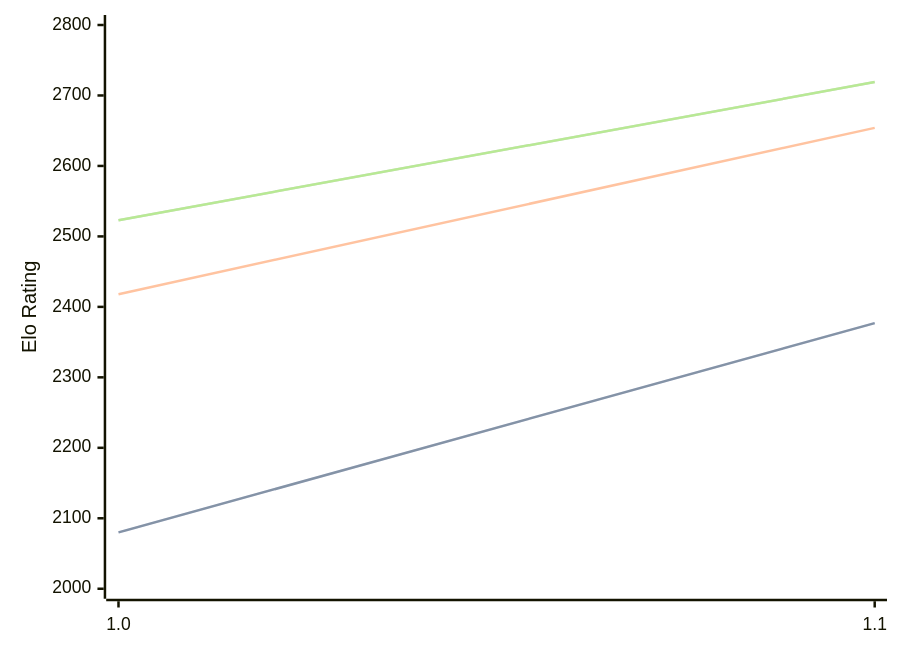
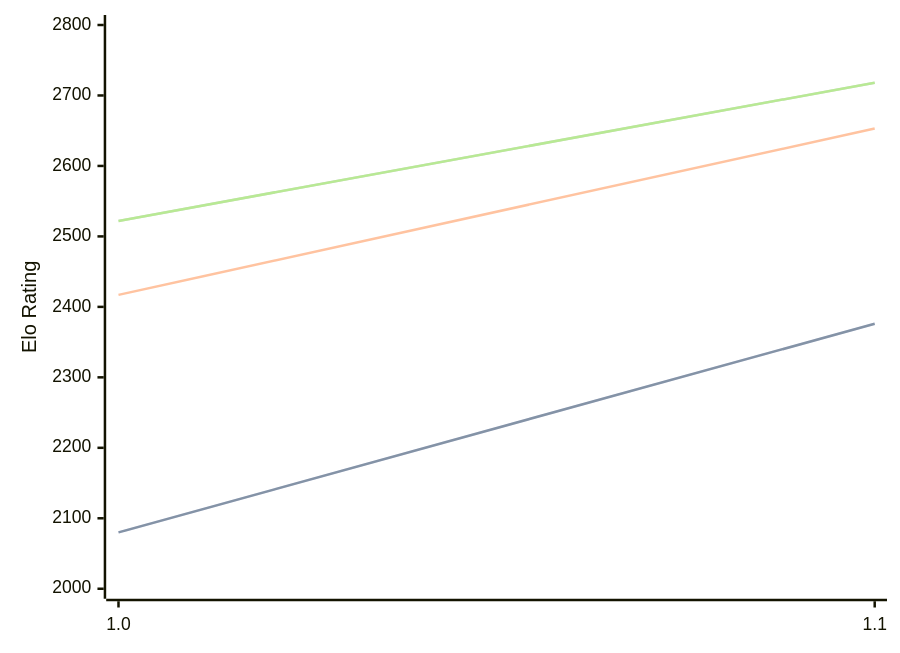
The diagram in engines/Erinn.md (computer-chess-index/cci), drawn with Mermaid before and after one commit. The commit also changed other lines of this file, not shown here.

Commit message:
Update CCI Ratings (ELO VLTC) - 2026-08-11

````diff
--- a/engines/Erinn.md
+++ b/engines/Erinn.md
@@ -32,11 +32,11 @@
 ```mermaid
 %%{init: {"theme":"base","themeVariables":{"seriesColors:['#a3a3a3','#222221','#faa371']}}}%%
 xychart-beta
   x-axis ["1.0", "1.1"]
   y-axis "Elo Rating" 2000 --> 2800
-  line "STC (8.0+0.08s)" [2080, 2377]
-  line "STC (8.0+0.08s)" [2080, 2377]
-  line "LTC (60.0+0.60s)" [2418, 2654]
-  line "VLTC (2m24s+1.12s)" [2523, 2719]
-  line "VLTC (2m24s+1.12s)" [2523, 2719]
+  line "STC (8.0+0.08s)" [2080, 2376]
+  line "STC (8.0+0.08s)" [2080, 2376]
+  line "LTC (60.0+0.60s)" [2417, 2653]
+  line "VLTC (2m24s+1.12s)" [2522, 2718]
+  line "VLTC (2m24s+1.12s)" [2522, 2718]
 ```
````
